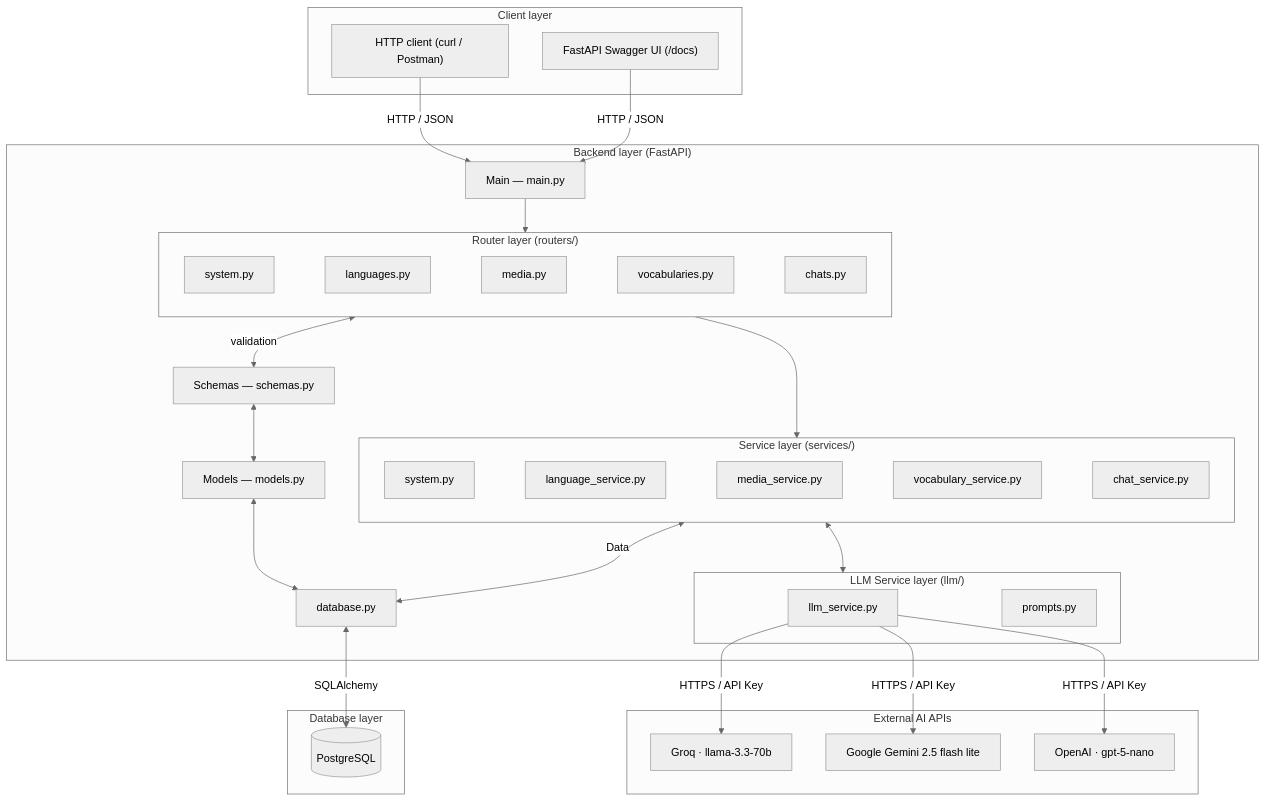
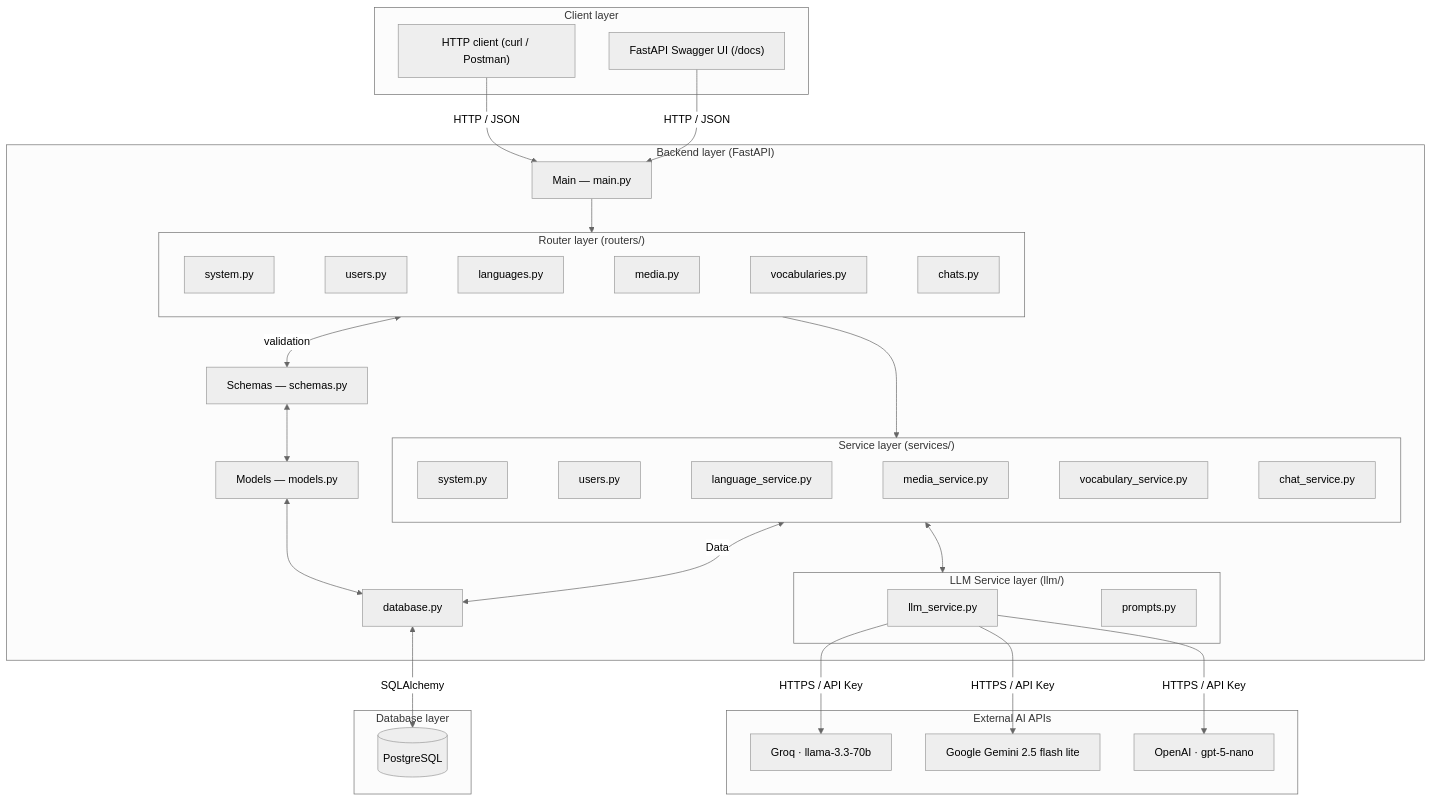
The first of 2 diagrams in README.md (BurkhardtJan/Dengwa-AI), drawn with Mermaid (neutral theme) before and after one commit. The commit also changed other lines of this file and 14 other files, not shown here.

````diff
--- a/README.md
+++ b/README.md
@@ -129,71 +133,75 @@
 ```mermaid
 graph TB
     subgraph Client["Client layer"]
         HTTP["HTTP client (curl / Postman)"]
         Swagger["FastAPI Swagger UI (/docs)"]
     end
 
     subgraph Backend["Backend layer (FastAPI)"]
         Controller["Main — main.py"]
         Schemas["Schemas — schemas.py"]
         Models["Models — models.py"]
         Database["database.py"]
 
         subgraph Routers["Router layer (routers/)"]
             direction LR
             SystemRouter["system.py"]
+            UserRouter["users.py"]
             LanguageRouter["languages.py"]
             MediaRouter["media.py"]
             VocabRouter["vocabularies.py"]
             ChatRouter["chats.py"]
-            SystemRouter ~~~ LanguageRouter
+            SystemRouter ~~~ UserRouter
+            UserRouter ~~~ LanguageRouter
             LanguageRouter ~~~ MediaRouter
             MediaRouter ~~~ VocabRouter
             VocabRouter ~~~ ChatRouter
         end
 
         subgraph Services["Service layer (services/)"]
             direction LR
             System["system.py"]
+            Users["users.py"]
             Language["language_service.py"]
             Media["media_service.py"]
             Vocab["vocabulary_service.py"]
             Chat["chat_service.py"]
-            System ~~~ Language
+            System ~~~ Users
+            Users ~~~ Language
             Language ~~~ Media
             Media ~~~ Vocab
             Vocab ~~~ Chat
         end
         subgraph LLMServices["LLM Service layer (llm/)"]
             LLM["llm_service.py"]
             Prompts["prompts.py"]
         end
 
         Controller --> Routers
         Routers <-->|validation| Schemas
         Services <-->|Data| Database
         Routers --> Services
         Services <--> LLMServices
     end
 
     subgraph DB["Database layer"]
         Postgres[("PostgreSQL")]
     end
 
     subgraph AI["External AI APIs"]
         Groq["Groq · llama-3.3-70b"]
         Gemini["Google Gemini 2.5 flash lite"]
         OpenAI["OpenAI · gpt-5-nano"]
     end
 
     HTTP -->|HTTP / JSON| Controller
     Swagger -->|HTTP / JSON| Controller
     LLM -->|HTTPS / API Key| Groq
     LLM -->|HTTPS / API Key| Gemini
     LLM -->|HTTPS / API Key| OpenAI
     Schemas <--> Models
     Models <--> Database
     Database <-->|SQLAlchemy| Postgres
 
 
 ```
````
